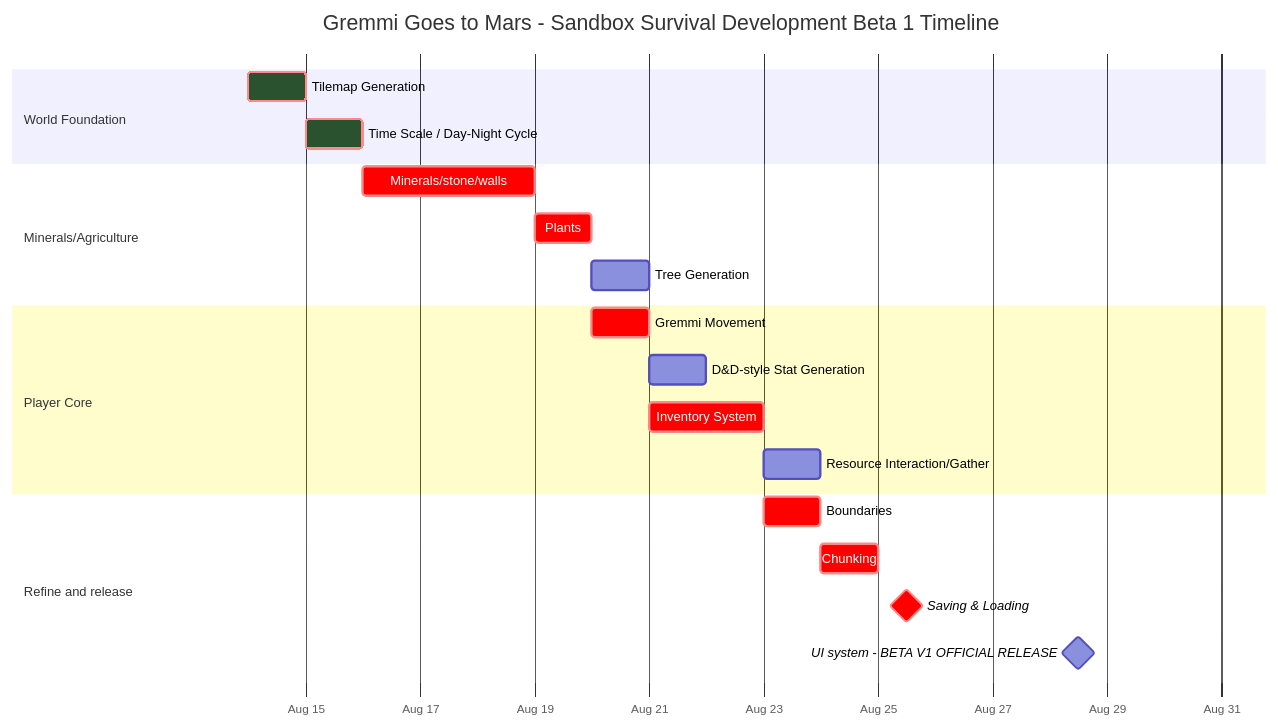
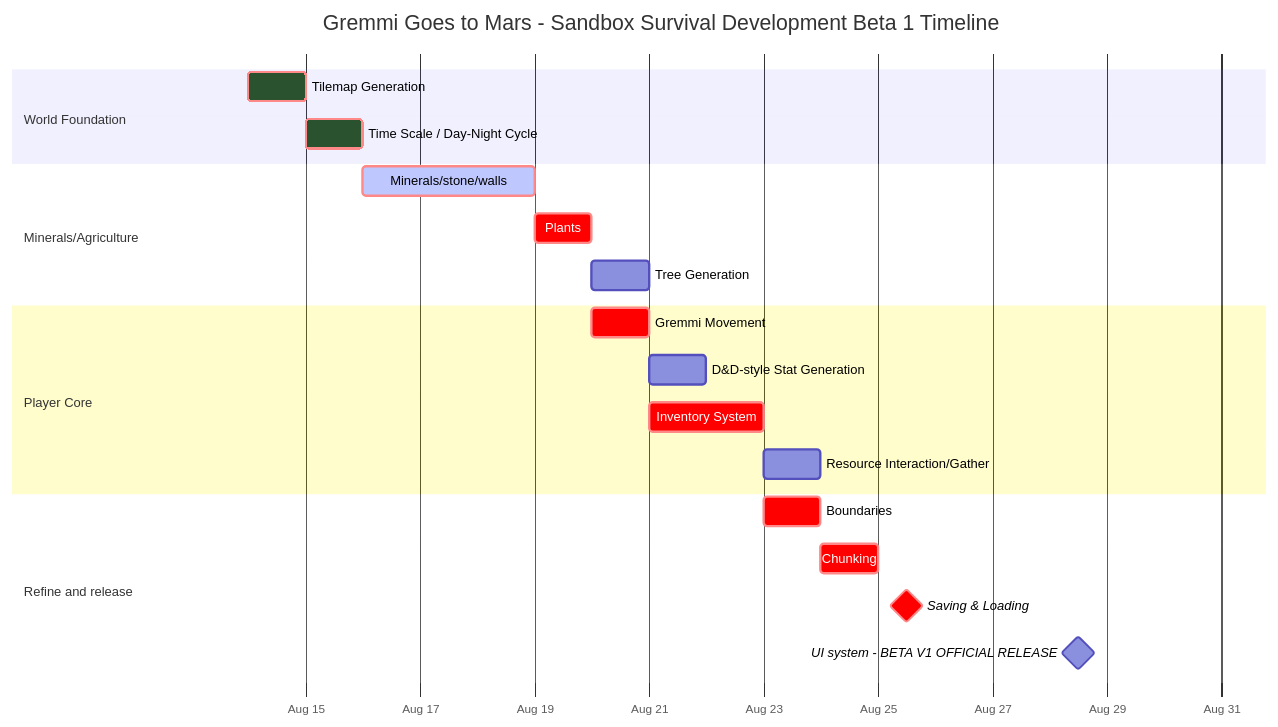
Before and after one commit to Jacobchestnut16/GremmiGoesToMars: the second of 3 diagrams in dist/README.md, drawn with Mermaid.

Commit message:
World Foundation: TCv1.1

````diff
--- a/dist/README.md
+++ b/dist/README.md
@@ -44,41 +44,41 @@
 ```mermaid
 %%{
     init: {
         'gantt': {
             'leftPadding': 200,
             'barHeight': 25,
             'barGap': 15,
             'topPadding': 60
         },
         'themeVariables': {
             'doneTaskBkgColor': '#2B522EFF'
         }
     }
 }%%
 gantt
     title Gremmi Goes to Mars - Sandbox Survival Development Beta 1 Timeline
     dateFormat  YYYY-MM-DD
     axisFormat  %b %d
     
     
     section World Foundation
     Tilemap Generation                          :crit, done, a1, 2025-08-14, 1d
     Time Scale / Day-Night Cycle                :crit, done, a2, after a1, 1d
     
     section Minerals/Agriculture
-    Minerals/stone/walls                        :crit, a4, after a2, 3d
+    Minerals/stone/walls                        :crit, active, a4, after a2, 3d
     Plants                                      :crit, a6, after a4, 0.75d
     Tree Generation                             :a5, after a6, 0.75d
     
     section Player Core
     Gremmi Movement                 :crit, b1, after a6, 0.5d
     D&D-style Stat Generation       :b2, after b1, 0.5d
     Inventory System                :crit, b3, after b1, 2d
     Resource Interaction/Gather     :b5, after b3, 1d
     
     section Refine and release
     Boundaries                               :crit, c1, after b3, 0.5d
     Chunking                                 :crit, c2, after c1, 0.5d
     Saving & Loading                         :crit, milestone, b4, after c2, 1d
     UI system - BETA V1 OFFICIAL RELEASE     :milestone, release1, after b4, 5d
 ```
````
